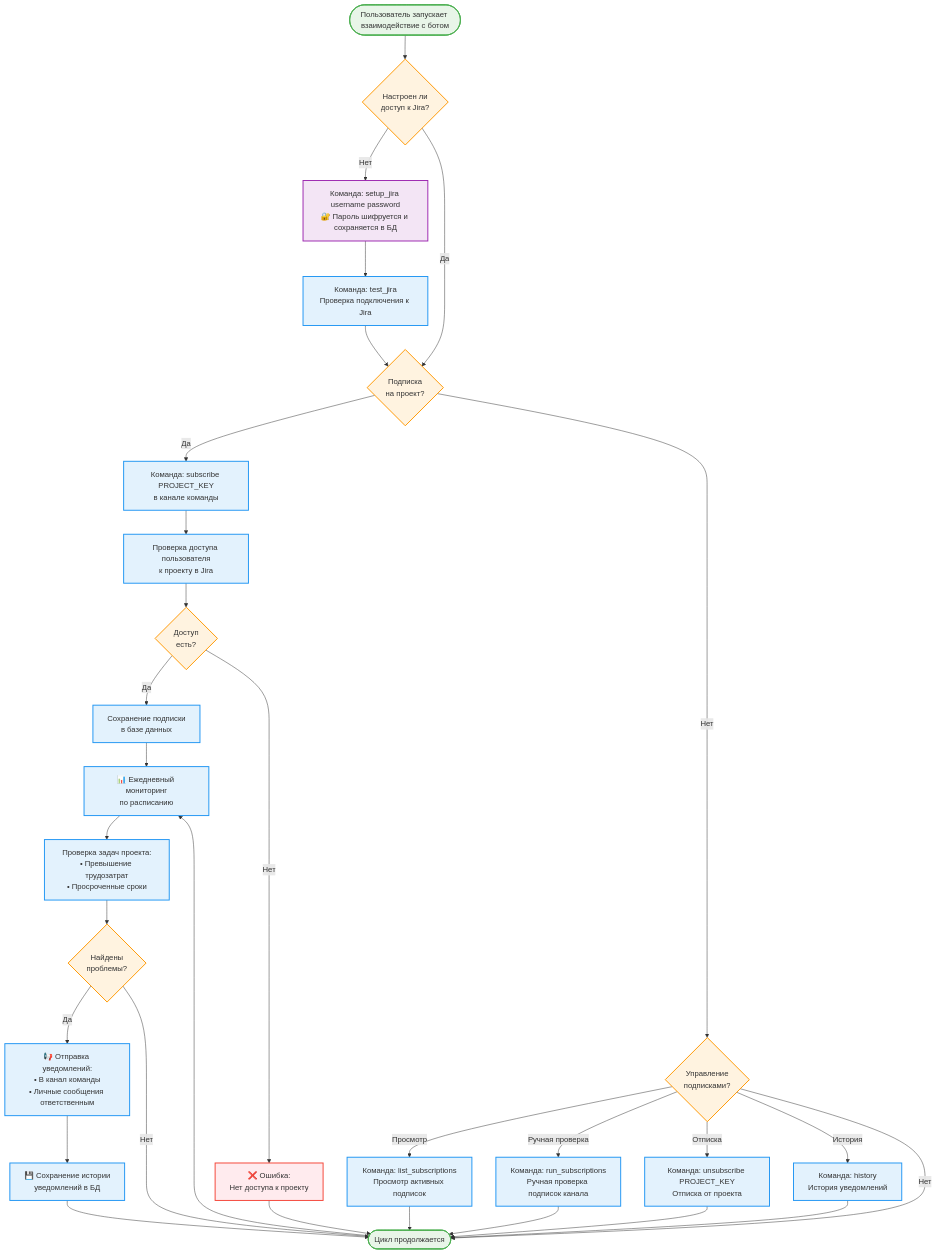
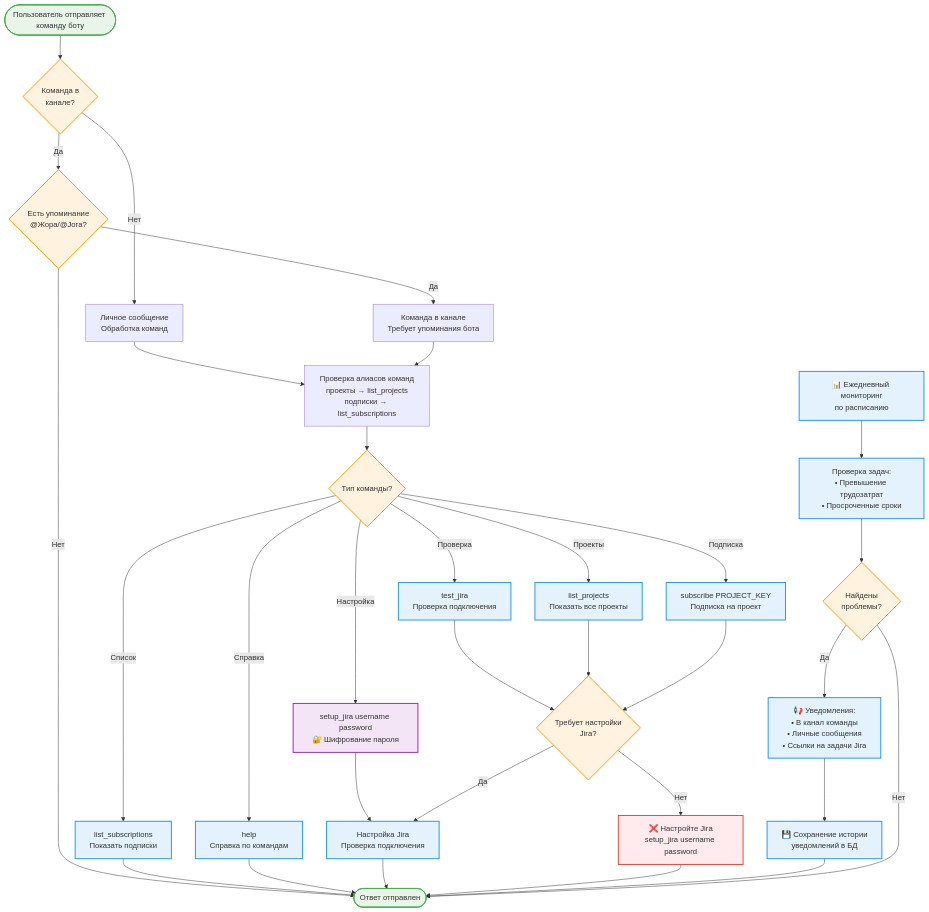
The second of 2 diagrams in README.md (chastnik/mm_project_monitor_bot), drawn with Mermaid before and after one commit. The commit also changed other lines of this file and 12 other files, not shown here.

````diff
--- a/README.md
+++ b/README.md
@@ -206,58 +246,74 @@
 ```mermaid
 flowchart TD
-    START([Пользователь запускает взаимодействие с ботом])
+    START([Пользователь отправляет команду боту])
     
-    SETUP{Настроен ли<br/>доступ к Jira?}
+    CHANNEL{Команда в<br/>канале?}
     
-    SETUP_JIRA[Команда: setup_jira username password<br/>🔐 Пароль шифруется и сохраняется в БД]
-    TEST_JIRA[Команда: test_jira<br/>Проверка подключения к Jira]
+    MENTION_CHECK{Есть упоминание<br/>@Жора/@Jora?}
     
-    SUBSCRIBE{Подписка<br/>на проект?}
+    DIRECT_MSG[Личное сообщение<br/>Обработка команд]
+    CHANNEL_MSG[Команда в канале<br/>Требует упоминания бота]
     
-    SUB_CMD[Команда: subscribe PROJECT_KEY<br/>в канале команды]
-    CHECK_ACCESS[Проверка доступа пользователя<br/>к проекту в Jira]
+    ALIAS_CHECK[Проверка алиасов команд<br/>проекты → list_projects<br/>подписки → list_subscriptions]
     
-    ACCESS_OK{Доступ<br/>есть?}
+    COMMAND_TYPE{Тип команды?}
     
-    SAVE_SUB[Сохранение подписки<br/>в базе данных]
-    ERROR_ACCESS[❌ Ошибка:<br/>Нет доступа к проекту]
+    SETUP_JIRA[setup_jira username password<br/>🔐 Шифрование пароля]
+    TEST_JIRA[test_jira<br/>Проверка подключения]
+    LIST_PROJECTS[list_projects<br/>Показать все проекты]
+    SUBSCRIBE[subscribe PROJECT_KEY<br/>Подписка на проект]
+    LIST_SUBS[list_subscriptions<br/>Показать подписки]
+    HELP[help<br/>Справка по командам]
+    
+    JIRA_REQUIRED{Требует настройки<br/>Jira?}
+    
+    JIRA_SETUP[Настройка Jira<br/>Проверка подключения]
+    NO_JIRA[❌ Настройте Jira<br/>setup_jira username password]
     
     MONITOR_CYCLE[📊 Ежедневный мониторинг<br/>по расписанию]
     
-    CHECK_ISSUES[Проверка задач проекта:<br/>• Превышение трудозатрат<br/>• Просроченные сроки]
+    CHECK_ISSUES[Проверка задач:<br/>• Превышение трудозатрат<br/>• Просроченные сроки]
     
     ISSUES_FOUND{Найдены<br/>проблемы?}
     
-    SEND_NOTIFICATIONS[📢 Отправка уведомлений:<br/>• В канал команды<br/>• Личные сообщения ответственным]
+    SEND_NOTIFICATIONS[📢 Уведомления:<br/>• В канал команды<br/>• Личные сообщения<br/>• Ссылки на задачи Jira]
     
     SAVE_HISTORY[💾 Сохранение истории<br/>уведомлений в БД]
     
-    MANAGE{Управление<br/>подписками?}
+    END([Ответ отправлен])
     
-    LIST_SUBS[Команда: list_subscriptions<br/>Просмотр активных подписок]
-    RUN_SUBS[Команда: run_subscriptions<br/>Ручная проверка подписок канала]
-    UNSUB[Команда: unsubscribe PROJECT_KEY<br/>Отписка от проекта]
-    HISTORY[Команда: history<br/>История уведомлений]
+    START --> CHANNEL
     
-    END([Цикл продолжается])
+    CHANNEL -->|Да| MENTION_CHECK
+    CHANNEL -->|Нет| DIRECT_MSG
     
-    START --> SETUP
+    MENTION_CHECK -->|Да| CHANNEL_MSG
+    MENTION_CHECK -->|Нет| END
     
-    SETUP -->|Нет| SETUP_JIRA
-    SETUP_JIRA --> TEST_JIRA
-    TEST_JIRA --> SUBSCRIBE
-    SETUP -->|Да| SUBSCRIBE
+    DIRECT_MSG --> ALIAS_CHECK
+    CHANNEL_MSG --> ALIAS_CHECK
     
-    SUBSCRIBE -->|Да| SUB_CMD
-    SUB_CMD --> CHECK_ACCESS
-    CHECK_ACCESS --> ACCESS_OK
+    ALIAS_CHECK --> COMMAND_TYPE
     
-    ACCESS_OK -->|Да| SAVE_SUB
-    ACCESS_OK -->|Нет| ERROR_ACCESS
-    ERROR_ACCESS --> END
+    COMMAND_TYPE -->|Настройка| SETUP_JIRA
+    COMMAND_TYPE -->|Проверка| TEST_JIRA
+    COMMAND_TYPE -->|Проекты| LIST_PROJECTS
+    COMMAND_TYPE -->|Подписка| SUBSCRIBE
+    COMMAND_TYPE -->|Список| LIST_SUBS
+    COMMAND_TYPE -->|Справка| HELP
     
-    SAVE_SUB --> MONITOR_CYCLE
-    SUBSCRIBE -->|Нет| MANAGE
+    SETUP_JIRA --> JIRA_SETUP
+    TEST_JIRA --> JIRA_REQUIRED
+    LIST_PROJECTS --> JIRA_REQUIRED
+    SUBSCRIBE --> JIRA_REQUIRED
+    LIST_SUBS --> END
+    HELP --> END
+    
+    JIRA_REQUIRED -->|Да| JIRA_SETUP
+    JIRA_REQUIRED -->|Нет| NO_JIRA
+    
+    JIRA_SETUP --> END
+    NO_JIRA --> END
     
     MONITOR_CYCLE --> CHECK_ISSUES
     CHECK_ISSUES --> ISSUES_FOUND
@@ -267,18 +323,6 @@
     SAVE_HISTORY --> END
     ISSUES_FOUND -->|Нет| END
     
-    MANAGE -->|Просмотр| LIST_SUBS
-    LIST_SUBS --> END
-    MANAGE -->|Ручная проверка| RUN_SUBS
-    RUN_SUBS --> END
-    MANAGE -->|Отписка| UNSUB
-    UNSUB --> END
-    MANAGE -->|История| HISTORY
-    HISTORY --> END
-    MANAGE -->|Нет| END
-    
-    END --> MONITOR_CYCLE
-    
     classDef startEnd fill:#e8f5e8,stroke:#4caf50,stroke-width:2px
     classDef process fill:#e3f2fd,stroke:#2196f3,stroke-width:2px
     classDef decision fill:#fff3e0,stroke:#ff9800,stroke-width:2px
@@ -286,8 +330,8 @@
     classDef error fill:#ffebee,stroke:#f44336,stroke-width:2px
     
     class START,END startEnd
-    class SETUP_JIRA,TEST_JIRA,SUB_CMD,CHECK_ACCESS,SAVE_SUB,MONITOR_CYCLE,CHECK_ISSUES,SEND_NOTIFICATIONS,SAVE_HISTORY,LIST_SUBS,RUN_SUBS,UNSUB,HISTORY process
-    class SETUP,SUBSCRIBE,ACCESS_OK,ISSUES_FOUND,MANAGE decision
+    class SETUP_JIRA,TEST_JIRA,LIST_PROJECTS,SUBSCRIBE,LIST_SUBS,HELP,JIRA_SETUP,MONITOR_CYCLE,CHECK_ISSUES,SEND_NOTIFICATIONS,SAVE_HISTORY process
+    class CHANNEL,MENTION_CHECK,COMMAND_TYPE,JIRA_REQUIRED,ISSUES_FOUND decision
     class SETUP_JIRA security
-    class ERROR_ACCESS error
+    class NO_JIRA error
 ```
````
